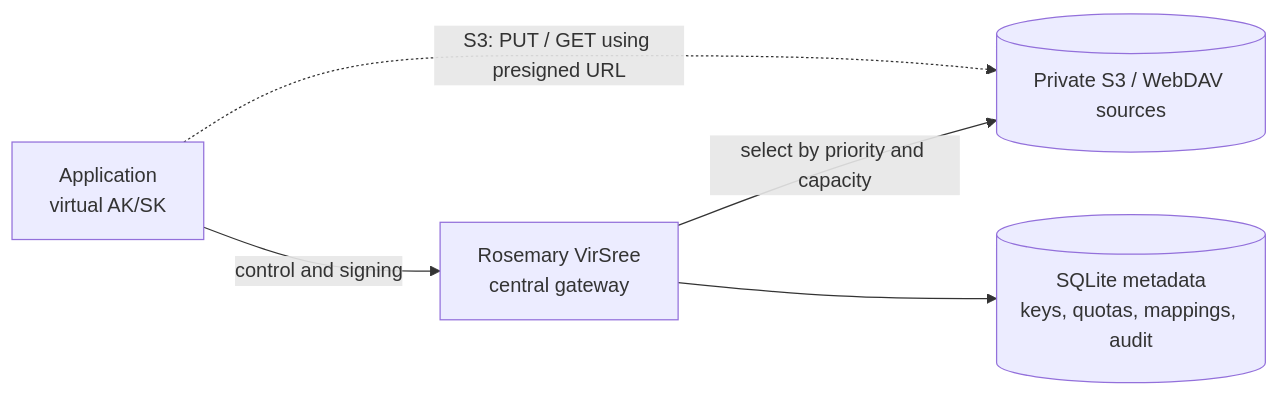
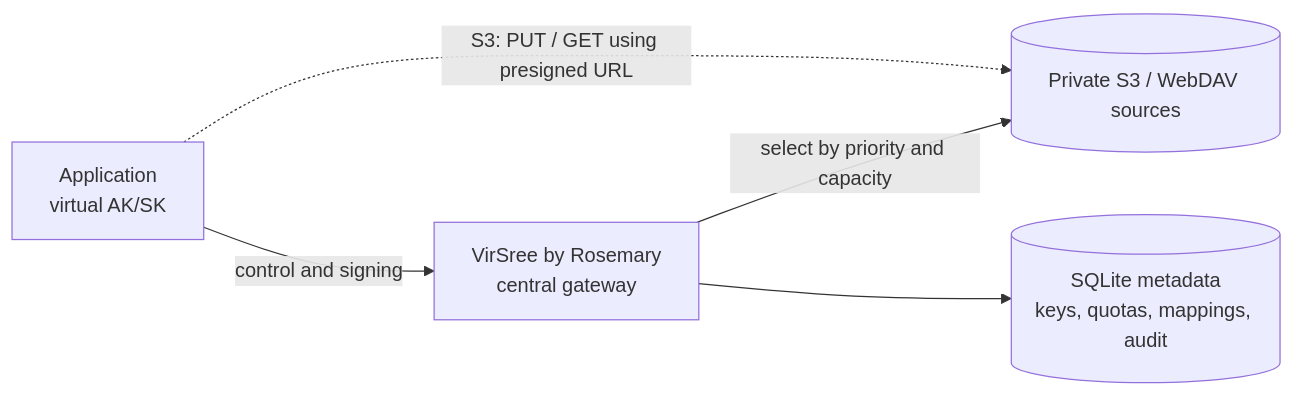
One commit to Foodie05/rosemary-virsree changed the diagram in README.md. Above: the diagram before and after it, drawn with Mermaid. The commit also changed other lines of this file and 30 other files, not shown here.

Commit message:
Improve VirSree onboarding diagnostics

````diff
--- a/README.md
+++ b/README.md
@@ -19,7 +19,7 @@
 ```mermaid
 flowchart LR
-  A[Application\nvirtual AK/SK] -->|control and signing| G[Rosemary VirSree\ncentral gateway]
+  A[Application\nvirtual AK/SK] -->|control and signing| G[VirSree by Rosemary\ncentral gateway]
   G -->|select by priority and capacity| S[(Private S3 / WebDAV sources)]
   A -.->|S3: PUT / GET using presigned URL| S
   G --> M[(SQLite metadata\nkeys, quotas, mappings, audit)]
 ```
````
